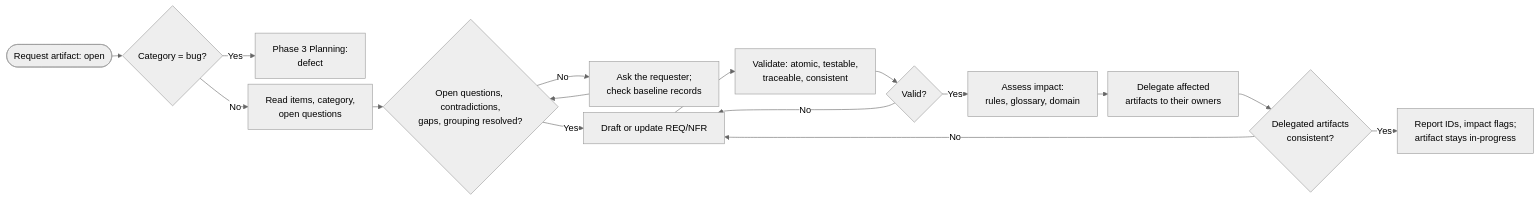
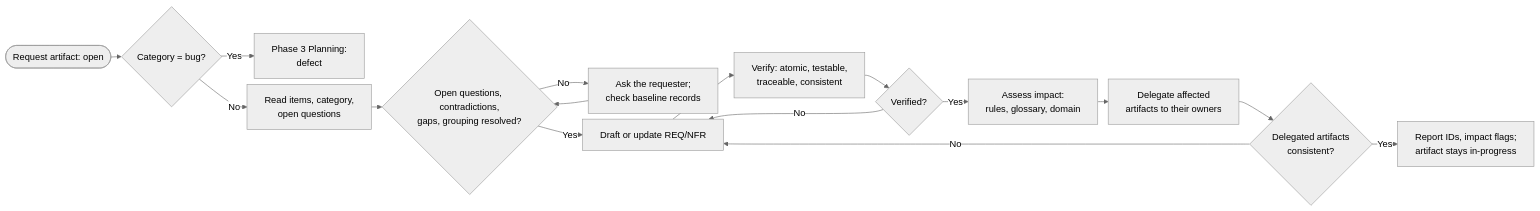
One commit to lyndametref/opencode-dev-workflow changed the diagram in workflows/orchestrator/2-Requirements.md. Above: the diagram before and after it, drawn with Mermaid (neutral theme). The commit also changed other lines of this file and 9 other files, not shown here.

````diff
--- a/workflows/orchestrator/2-Requirements.md
+++ b/workflows/orchestrator/2-Requirements.md
@@ -32,19 +32,19 @@
 ```mermaid
 %%{init: {"flowchart": {"nodeSpacing": 10, "rankSpacing": 18}}}%%
 flowchart LR
     ART([Request artifact: open]) --> CAT{"Category = bug?"}
     CAT -->|"Yes"| P3["Phase 3 Planning:<br/>defect"]
     CAT -->|"No"| READ["Read items, category,<br/>open questions"]
     READ --> CHECK{"Open questions, contradictions,<br/>gaps, grouping resolved?"}
     CHECK -->|"No"| ASK["Ask the requester;<br/>check baseline records"]
     ASK --> CHECK
     CHECK -->|"Yes"| DRAFT["Draft or update REQ/NFR"]
-    DRAFT --> VALIDATE["Validate: atomic, testable,<br/>traceable, consistent"]
-    VALIDATE --> VOK{"Valid?"}
+    DRAFT --> VERIFY["Verify: atomic, testable,<br/>traceable, consistent"]
+    VERIFY --> VOK{"Verified?"}
     VOK -->|"No"| DRAFT
     VOK -->|"Yes"| IMPACT["Assess impact:<br/>rules, glossary, domain"]
     IMPACT --> DELEG["Delegate affected<br/>artifacts to their owners"]
     DELEG --> CONSIST{"Delegated artifacts<br/>consistent?"}
     CONSIST -->|"No"| DRAFT
     CONSIST -->|"Yes"| OUT["Report IDs, impact flags;<br/>artifact stays in-progress"]
 ```
````
